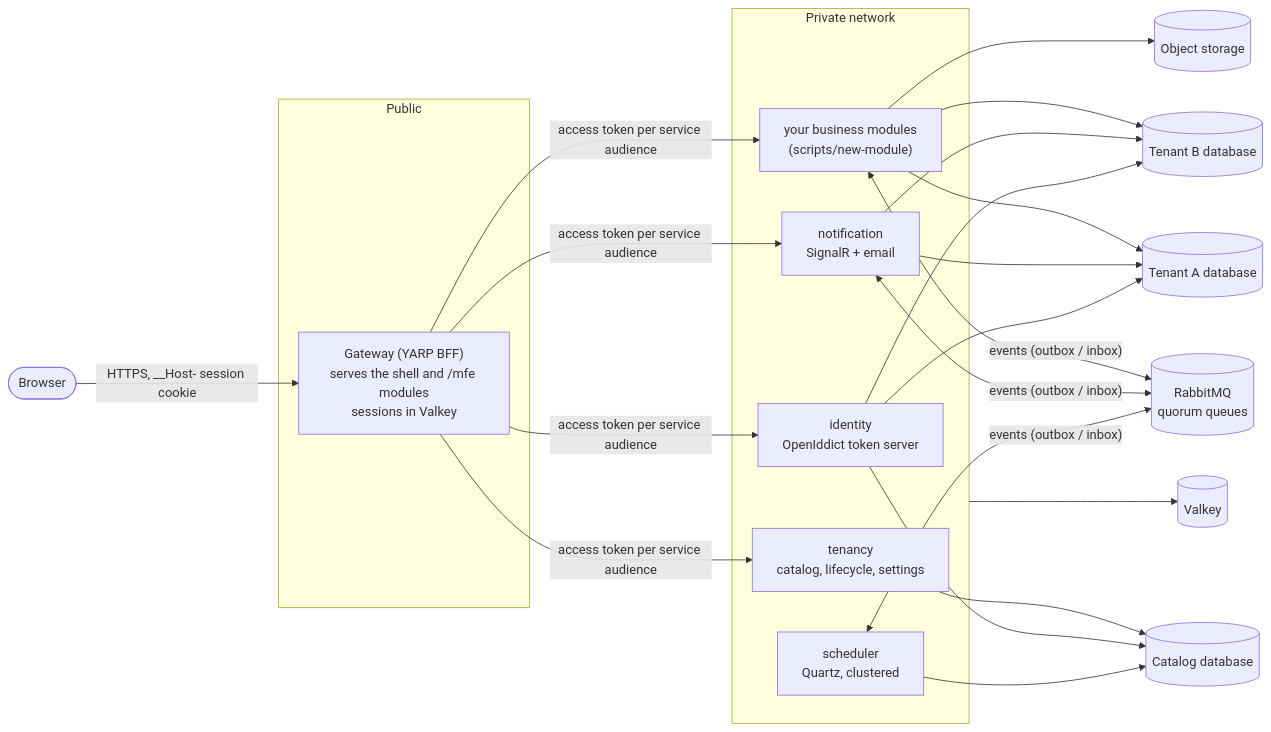
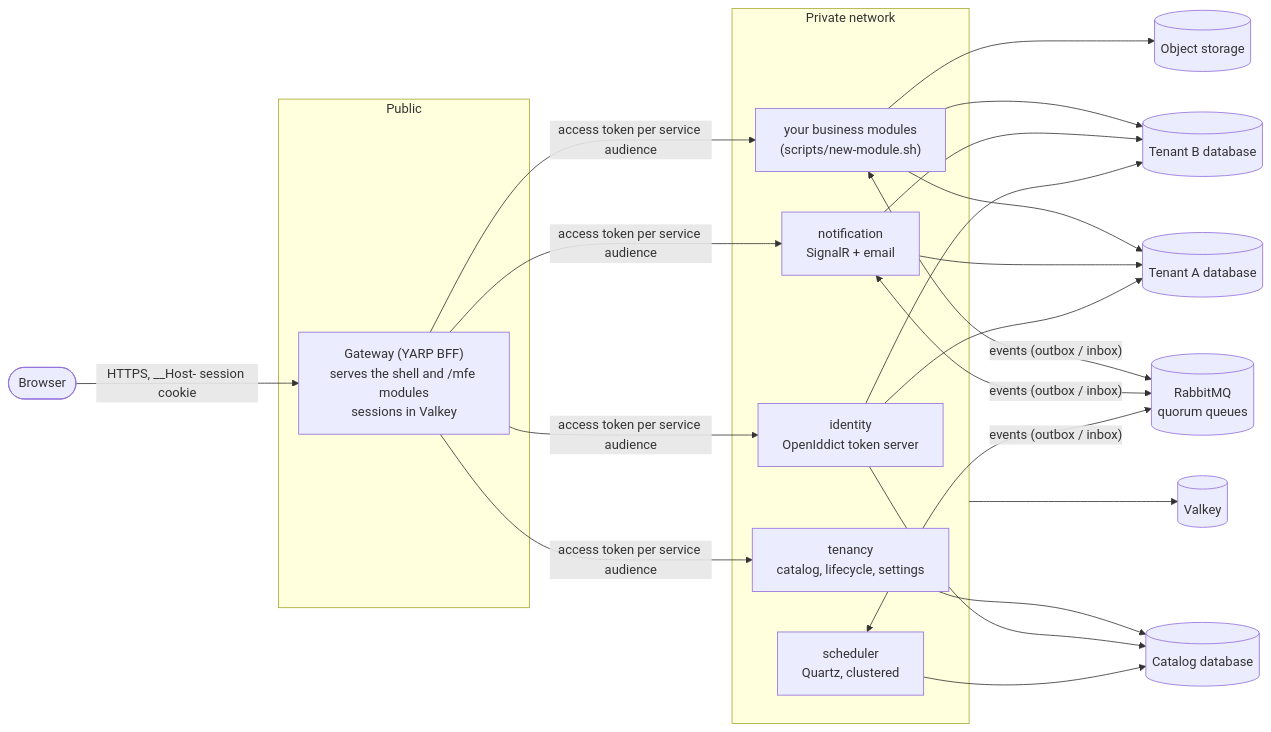
Before and after one commit to CodeX-Studio-MY/solution-template: the diagram in README.md, drawn with Mermaid. The commit also changed other lines of this file and 66 other files, not shown here.

````diff
--- a/README.md
+++ b/README.md
@@ -49,23 +261,23 @@
 ```mermaid
 flowchart LR
   browser([Browser]) -- "HTTPS, __Host- session cookie" --> gw
   subgraph edge [Public]
     gw["Gateway (YARP BFF)<br/>serves the shell and /mfe modules<br/>sessions in Valkey"]
   end
   subgraph services [Private network]
     id["identity<br/>OpenIddict token server"]
     tn["tenancy<br/>catalog, lifecycle, settings"]
     nt["notification<br/>SignalR + email"]
-    bm["your business modules<br/>(scripts/new-module)"]
+    bm["your business modules<br/>(scripts/new-module.sh)"]
     sc["scheduler<br/>Quartz, clustered"]
   end
   gw -- "access token per service audience" --> id & tn & nt & bm
   bm & nt & sc <-- "events (outbox / inbox)" --> mq[(RabbitMQ<br/>quorum queues)]
   tn --> cat[(Catalog database)]
   id --> cat
   sc --> cat
   bm & nt & id --> t1[(Tenant A database)]
   bm & nt & id --> t2[(Tenant B database)]
   services --> kv[(Valkey)]
   bm --> files[(Object storage)]
 ```
````
